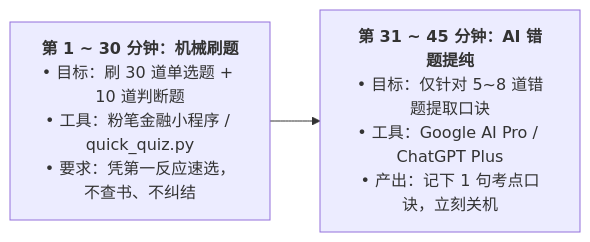
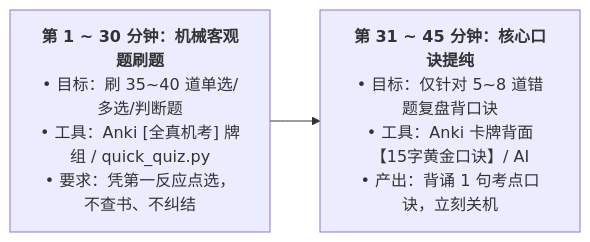
Before and after one commit to lyf266/bank-exam-2026-toolkit: the diagram in 01_每日45分钟执行看板.md, drawn with Mermaid. The commit also changed 5 other files, not shown here.

````diff
--- a/01_每日45分钟执行看板.md
+++ b/01_每日45分钟执行看板.md
@@ -9,4 +9,4 @@
 ```mermaid
 flowchart LR
-    M1["<b>第 1 ~ 30 分钟：机械刷题</b><br/>• 目标：刷 30 道单选题 + 10 道判断题<br/>• 工具：粉笔金融小程序 / quick_quiz.py<br/>• 要求：凭第一反应速选，不查书、不纠结"] --> M2["<b>第 31 ~ 45 分钟：AI 错题提纯</b><br/>• 目标：仅针对 5~8 道错题提取口诀<br/>• 工具：Google AI Pro / ChatGPT Plus<br/>• 产出：记下 1 句考点口诀，立刻关机"]
+    M1["<b>第 1 ~ 30 分钟：机械客观题刷题</b><br/>• 目标：刷 35~40 道单选/多选/判断题<br/>• 工具：Anki [全真机考] 牌组 / quick_quiz.py<br/>• 要求：凭第一反应点选，不查书、不纠结"] --> M2["<b>第 31 ~ 45 分钟：核心口诀提纯</b><br/>• 目标：仅针对 5~8 道错题复盘背口诀<br/>• 工具：Anki 卡牌背面【15字黄金口诀】/ AI<br/>• 产出：背诵 1 句考点口诀，立刻关机"]
 ```
````
